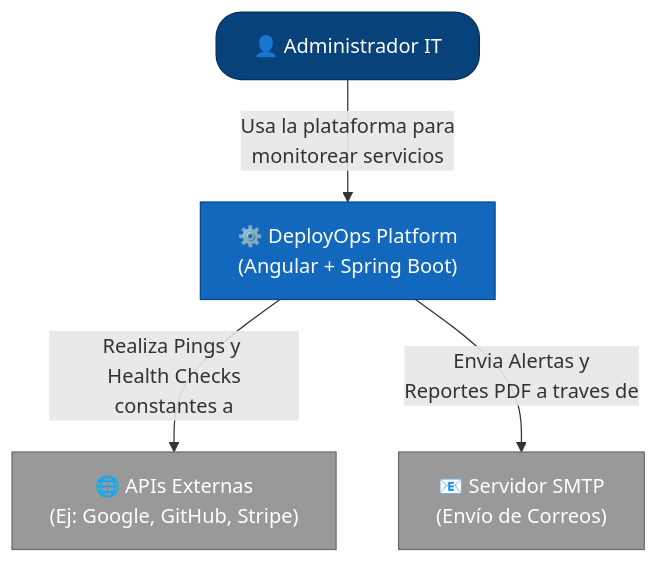
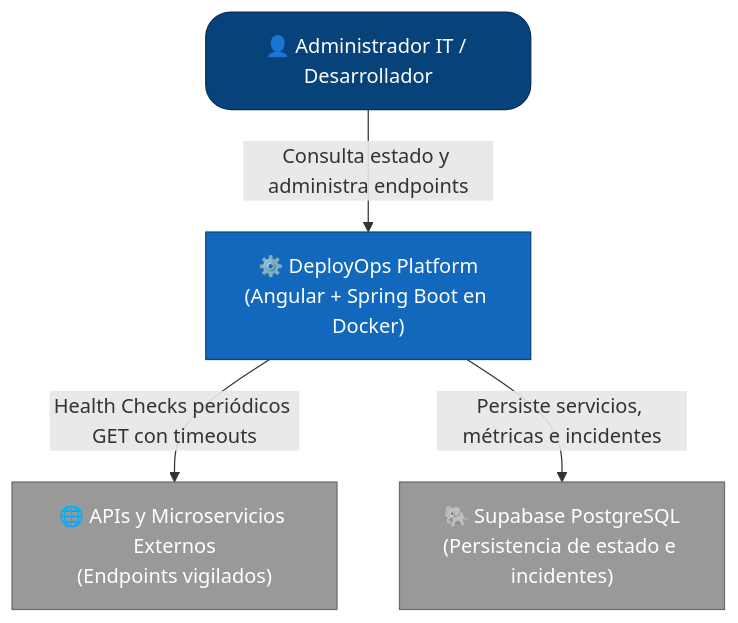
One commit to Marcosdaag/deploy-ops changed the first of 3 diagrams in docs/ARCHITECTURE.md. Above: the diagram before and after it, drawn with Mermaid. The commit also changed other lines of this file and 3 other files, not shown here.

````diff
--- a/docs/ARCHITECTURE.md
+++ b/docs/ARCHITECTURE.md
@@ -11,20 +11,17 @@
 ```mermaid
 flowchart TD
-    %% Definicion de colores al estilo C4 Model
     classDef person fill:#08427b,stroke:#052e56,color:#fff,rx:20,ry:20
     classDef system fill:#1168bd,stroke:#0b4884,color:#fff
     classDef external fill:#999999,stroke:#6b6b6b,color:#fff
     
-    %% Nodos del Diagrama de Contexto
-    Admin["👤 Administrador IT"]:::person
+    Admin["👤 Administrador IT / Desarrollador"]:::person
     
-    DeployOps["⚙️ DeployOps Platform <br/> (Angular + Spring Boot)"]:::system
+    DeployOps["⚙️ DeployOps Platform<br/>(Angular + Spring Boot en Docker)"]:::system
     
-    APIs["🌐 APIs Externas <br/> (Ej: Google, GitHub, Stripe)"]:::external
-    SMTP["📧 Servidor SMTP <br/> (Envío de Correos)"]:::external
+    APIs["🌐 APIs y Microservicios Externos<br/>(Endpoints vigilados)"]:::external
+    Supabase["🐘 Supabase PostgreSQL<br/>(Persistencia de estado e incidentes)"]:::external
 
-    %% Flujo de interaccion
-    Admin -->|Usa la plataforma para <br/> monitorear servicios| DeployOps
-    DeployOps -->|Realiza Pings y <br/> Health Checks constantes a| APIs
-    DeployOps -->|Envia Alertas y <br/> Reportes PDF a traves de| SMTP
+    Admin -->|Consulta estado y administra endpoints| DeployOps
+    DeployOps -->|Health Checks periódicos GET con timeouts| APIs
+    DeployOps -->|Persiste servicios, métricas e incidentes| Supabase
 ```
````
